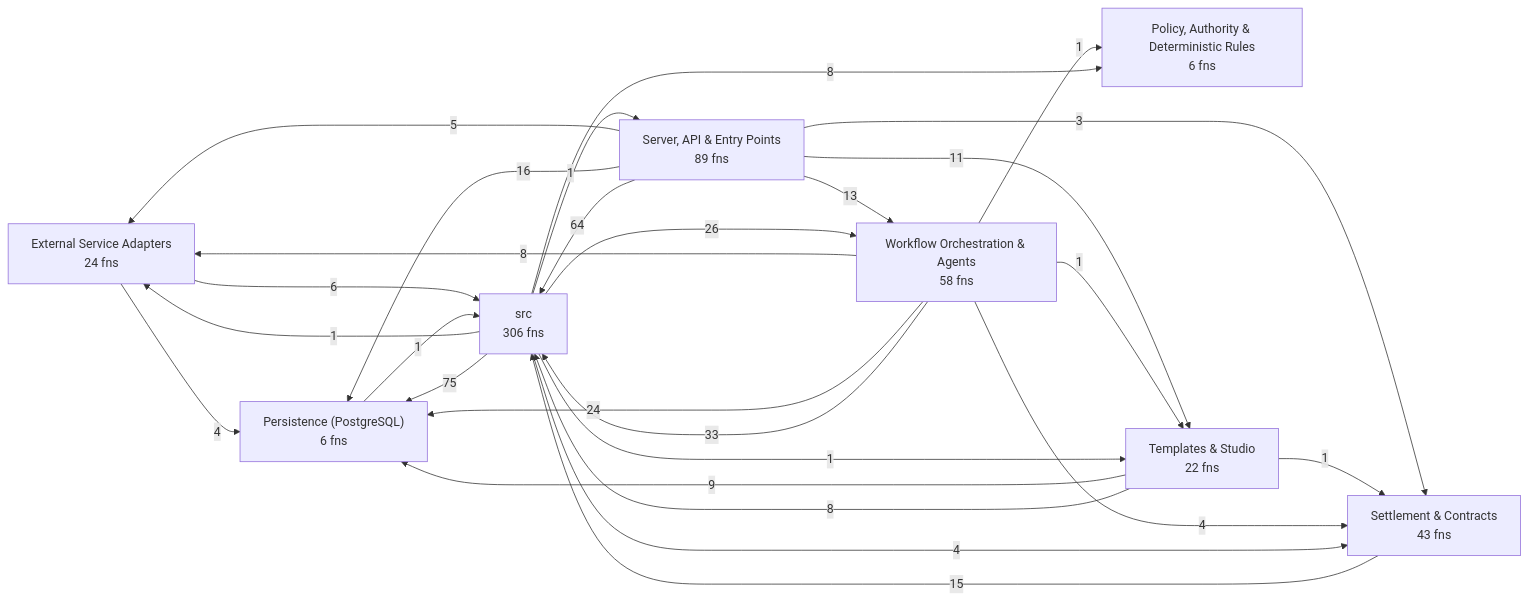
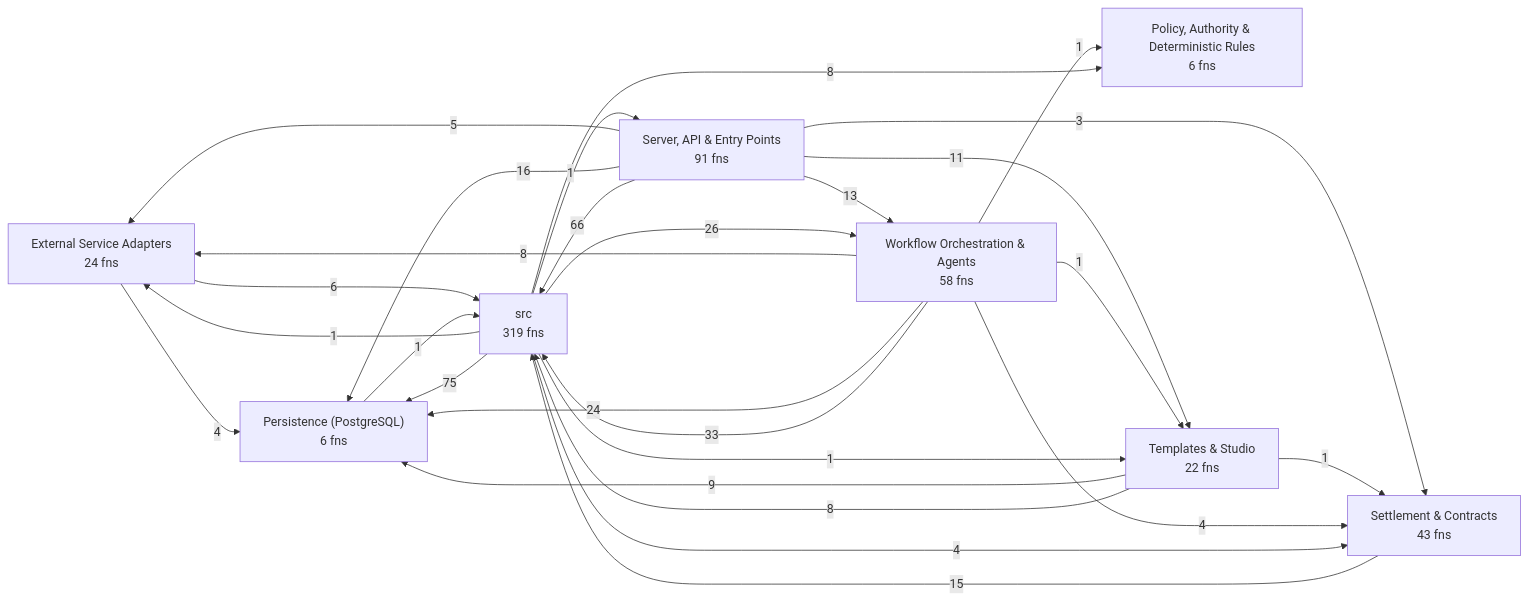
The first of 8 diagrams in docs/CODEBASE_MAP.md (Jaydearcadian/bind), drawn with Mermaid before and after one commit. The commit also changed other lines of this file and 12 other files, not shown here.

````diff
--- a/docs/CODEBASE_MAP.md
+++ b/docs/CODEBASE_MAP.md
@@ -12,37 +12,37 @@
 ```mermaid
 flowchart LR
   L0["External Service Adapters<br/>24 fns"]
   L1["Persistence (PostgreSQL)<br/>6 fns"]
   L2["Policy, Authority & Deterministic Rules<br/>6 fns"]
-  L3["Server, API & Entry Points<br/>89 fns"]
+  L3["Server, API & Entry Points<br/>91 fns"]
   L4["Settlement & Contracts<br/>43 fns"]
   L5["Templates & Studio<br/>22 fns"]
   L6["Workflow Orchestration & Agents<br/>58 fns"]
-  L7["src<br/>306 fns"]
+  L7["src<br/>319 fns"]
   L0 -->|4| L1
   L0 -->|6| L7
   L1 -->|1| L7
   L3 -->|5| L0
   L3 -->|16| L1
   L3 -->|3| L4
   L3 -->|11| L5
   L3 -->|13| L6
-  L3 -->|64| L7
+  L3 -->|66| L7
   L4 -->|15| L7
   L5 -->|9| L1
   L5 -->|1| L4
   L5 -->|8| L7
   L6 -->|8| L0
   L6 -->|24| L1
   L6 -->|1| L2
   L6 -->|4| L4
   L6 -->|1| L5
   L6 -->|33| L7
   L7 -->|1| L0
   L7 -->|75| L1
   L7 -->|8| L2
   L7 -->|1| L3
   L7 -->|4| L4
   L7 -->|1| L5
   L7 -->|26| L6
 ```
````
